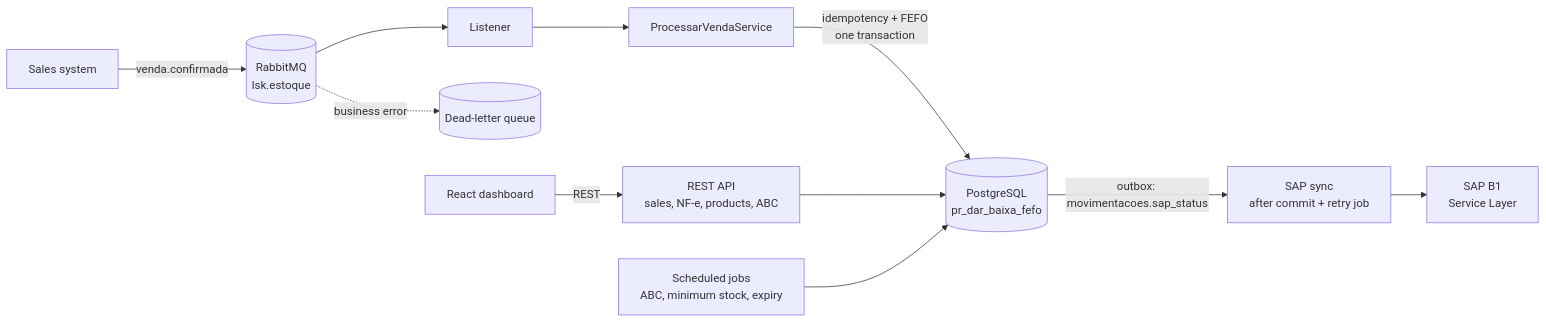
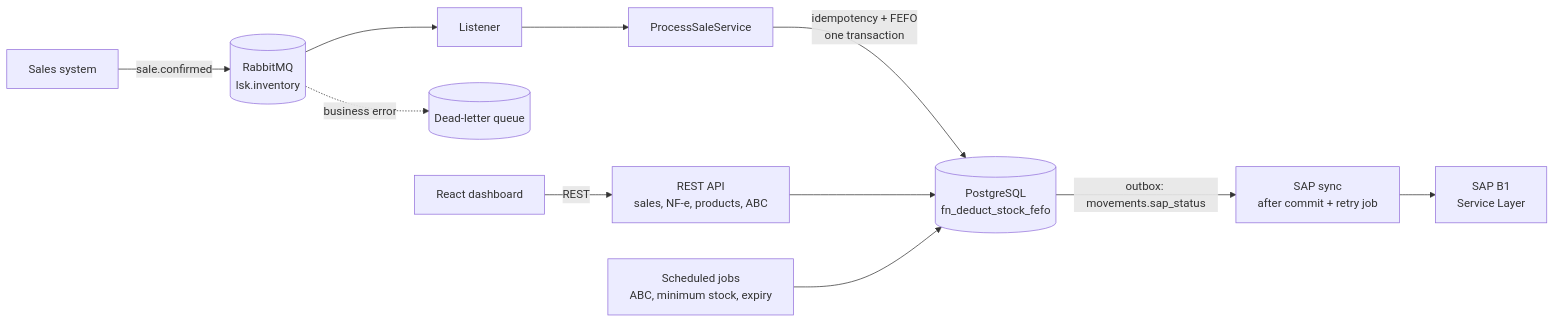
Before and after one commit to brayan-006/lsk-inventory: the diagram in README.md, drawn with Mermaid. The commit also changed other lines of this file, not shown here.

Commit message:
docs: README aligned with the English code, schema and API

````diff
--- a/README.md
+++ b/README.md
@@ -64,13 +64,13 @@
 ```mermaid
 flowchart LR
-    S[Sales system] -- venda.confirmada --> MQ[(RabbitMQ<br/>lsk.estoque)]
+    S[Sales system] -- sale.confirmed --> MQ[(RabbitMQ<br/>lsk.inventory)]
     MQ --> L[Listener]
     MQ -. business error .-> DLQ[(Dead-letter queue)]
-    L --> P[ProcessarVendaService]
-    P -- idempotency + FEFO<br/>one transaction --> DB[(PostgreSQL<br/>pr_dar_baixa_fefo)]
+    L --> P[ProcessSaleService]
+    P -- idempotency + FEFO<br/>one transaction --> DB[(PostgreSQL<br/>fn_deduct_stock_fefo)]
     UI[React dashboard] -- REST --> API[REST API<br/>sales, NF-e, products, ABC]
     API --> DB
-    DB -- outbox: movimentacoes.sap_status --> SY[SAP sync<br/>after commit + retry job]
+    DB -- outbox: movements.sap_status --> SY[SAP sync<br/>after commit + retry job]
     SY --> SAP[SAP B1<br/>Service Layer]
     JOBS[Scheduled jobs<br/>ABC, minimum stock, expiry] --> DB
 ```
````
